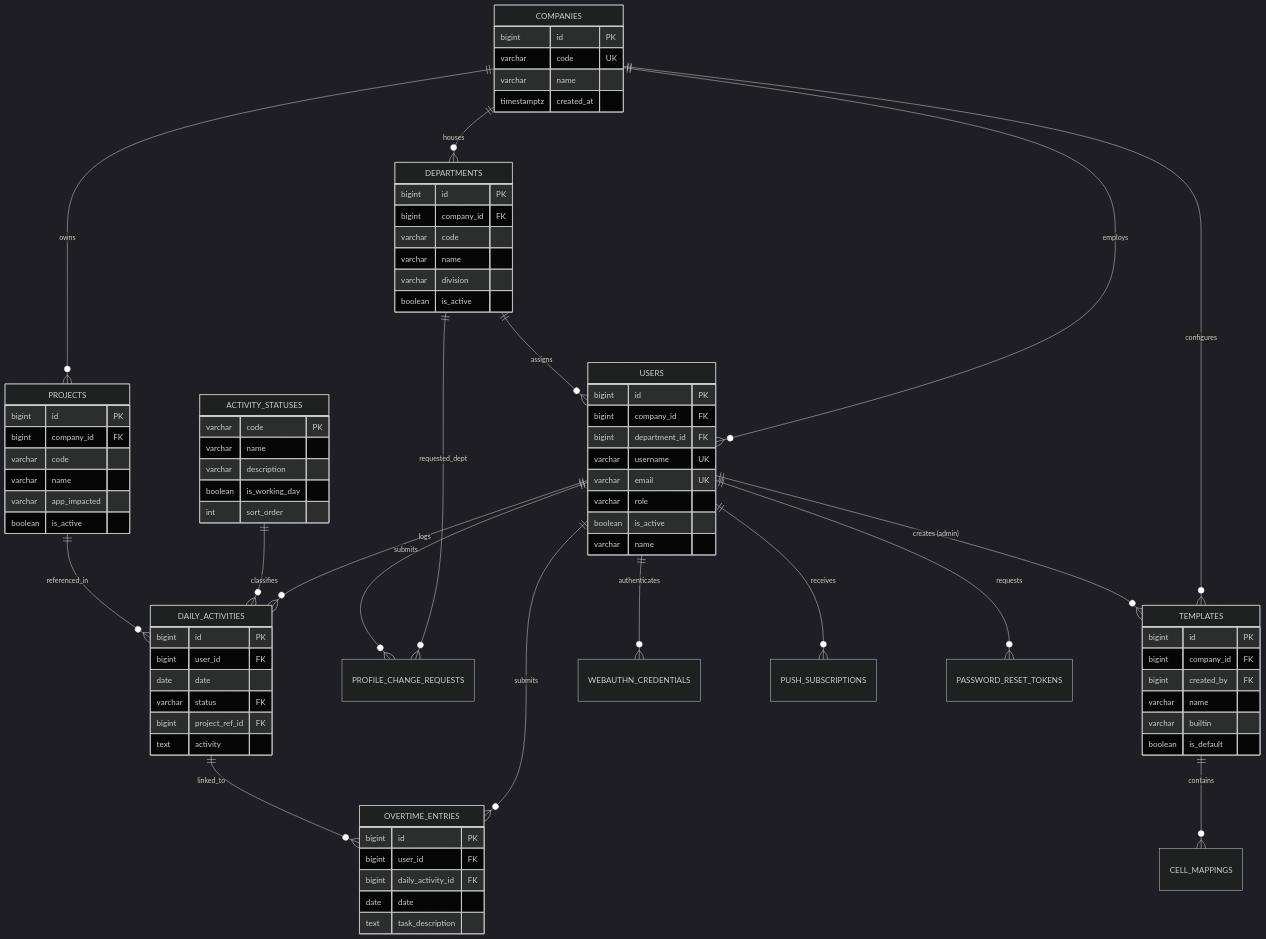
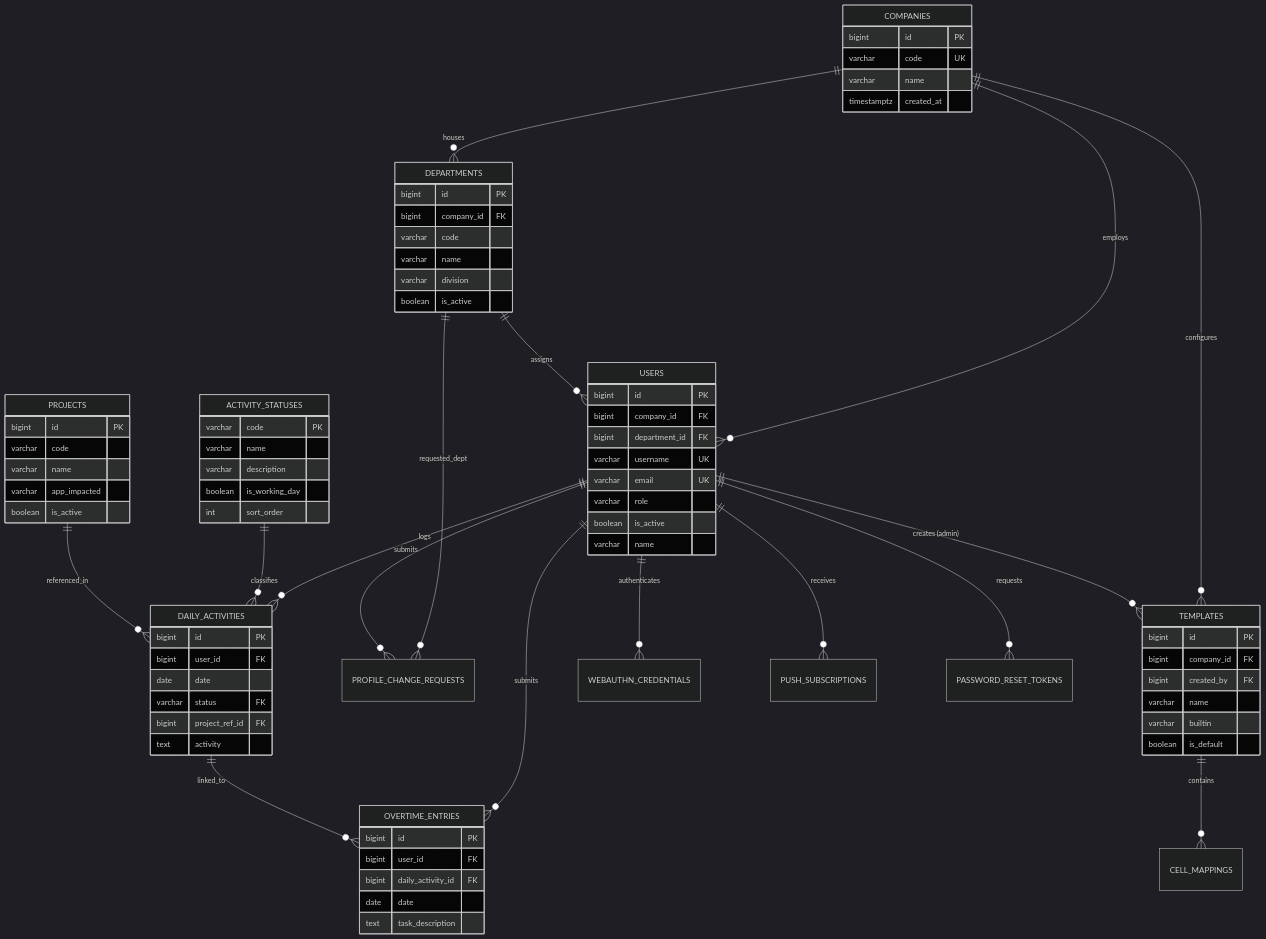
The diagram in docs/DATABASE_ADMINISTRATION.md (Waluh-Corporation/timesheet-backend), drawn with Mermaid (dark theme) before and after one commit. The commit also changed other lines of this file and 19 other files, not shown here.

First line of the commit message:
refactor(schema): rename users mii_id to bni_id and drop projects company_id

````diff
--- a/docs/DATABASE_ADMINISTRATION.md
+++ b/docs/DATABASE_ADMINISTRATION.md
@@ -61,7 +61,6 @@
 ```mermaid
 erDiagram
     COMPANIES ||--o{ DEPARTMENTS : "houses"
-    COMPANIES ||--o{ PROJECTS : "owns"
     COMPANIES ||--o{ TEMPLATES : "configures"
     COMPANIES ||--o{ USERS : "employs"
 
@@ -100,7 +99,6 @@
 
     PROJECTS {
         bigint id PK
-        bigint company_id FK
         varchar code
         varchar name
         varchar app_impacted
````
